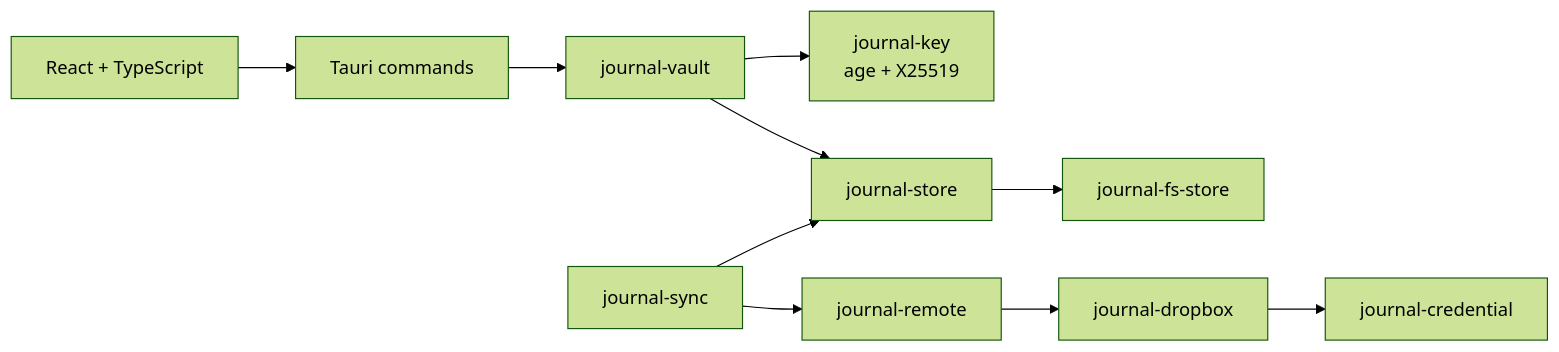
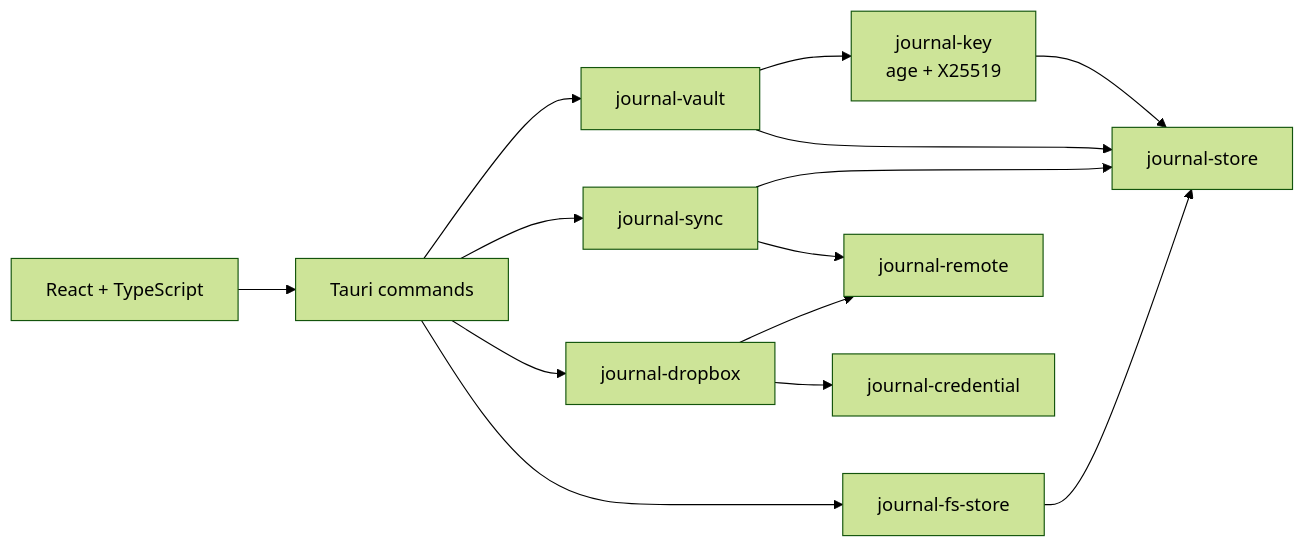
The diagram in README.md (f-squirrel/journal), drawn with Mermaid (forest theme) before and after one commit. The commit also changed other lines of this file and 7 other files, not shown here.

Commit message:
fix(sync): name a missing Dropbox permission instead of a generic error

````diff
--- a/README.md
+++ b/README.md
@@ -76,13 +93,17 @@
 ```mermaid
 flowchart LR
     UI["React + TypeScript"] --> IPC["Tauri commands"]
     IPC --> Vault["journal-vault"]
+    IPC --> Sync["journal-sync"]
+    IPC --> Dropbox["journal-dropbox"]
+    IPC --> FS["journal-fs-store"]
     Vault --> Key["journal-key<br/>age + X25519"]
     Vault --> Store["journal-store"]
-    Store --> FS["journal-fs-store"]
+    Key --> Store
+    FS --> Store
 
-    Sync["journal-sync"] --> Store
+    Sync --> Store
     Sync --> Remote["journal-remote"]
-    Remote --> Dropbox["journal-dropbox"]
+    Dropbox --> Remote
     Dropbox --> Credential["journal-credential"]
 ```
````
